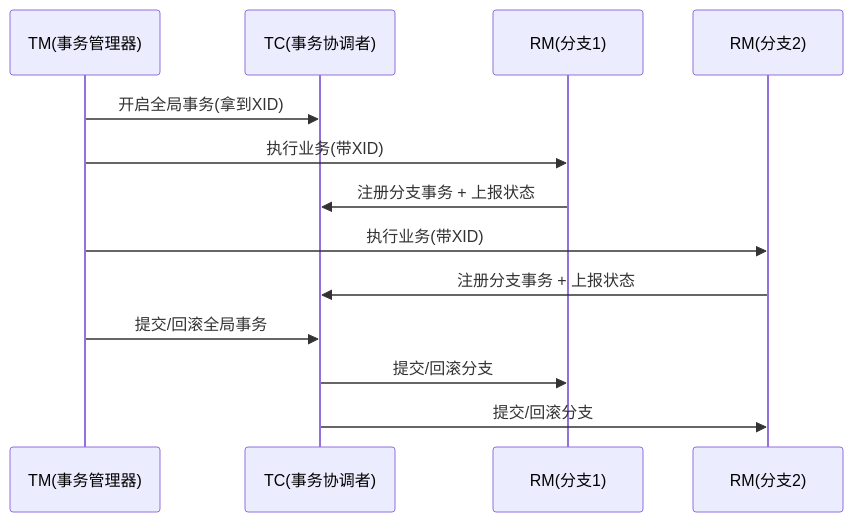
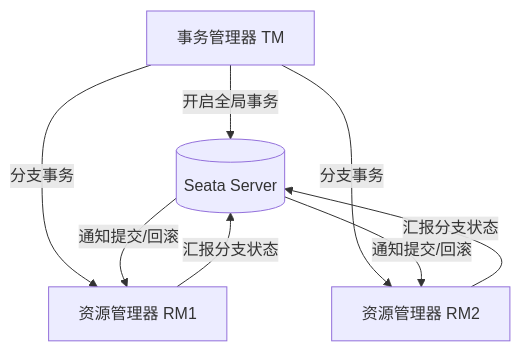
One commit to tghrxxxyyy/knowledge-base changed the diagram in 基础知识/中间件/分布式事务Seata.md. Above: the diagram before and after it, drawn with Mermaid. The commit also changed other lines of this file and 9 other files, not shown here.

````diff
--- a/基础知识/中间件/分布式事务Seata.md
+++ b/基础知识/中间件/分布式事务Seata.md
@@ -53,15 +19,11 @@
 ```mermaid
-sequenceDiagram
-    participant TM as TM(事务管理器)
-    participant TC as TC(事务协调者)
-    participant RM1 as RM(分支1)
-    participant RM2 as RM(分支2)
-    TM->>TC: 开启全局事务(拿到XID)
-    TM->>RM1: 执行业务(带XID)
-    RM1->>TC: 注册分支事务 + 上报状态
-    TM->>RM2: 执行业务(带XID)
-    RM2->>TC: 注册分支事务 + 上报状态
-    TM->>TC: 提交/回滚全局事务
-    TC->>RM1: 提交/回滚分支
-    TC->>RM2: 提交/回滚分支
+graph TD
+    TM[事务管理器 TM] -->|开启全局事务| TC[事务协调器 TC]
+    TM -->|分支事务| RM1[资源管理器 RM1]
+    TM -->|分支事务| RM2[资源管理器 RM2]
+    RM1 -->|汇报分支状态| TC
+    RM2 -->|汇报分支状态| TC
+    TC -->|通知提交/回滚| RM1
+    TC -->|通知提交/回滚| RM2
+    TC[(Seata Server)]
 ```
````
